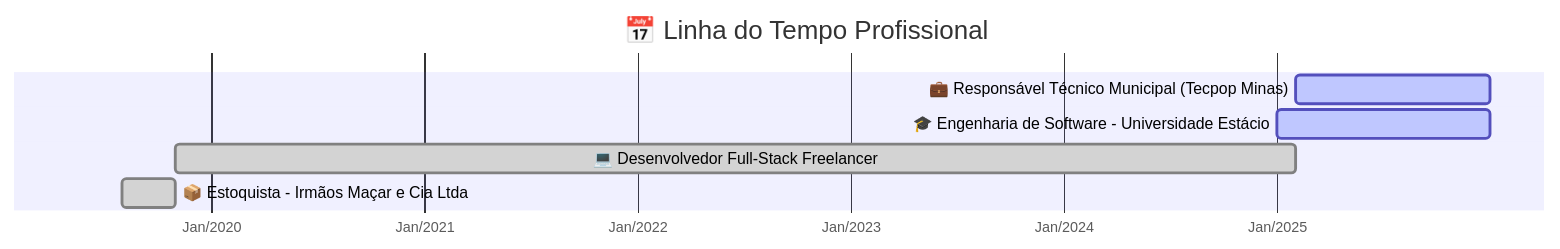
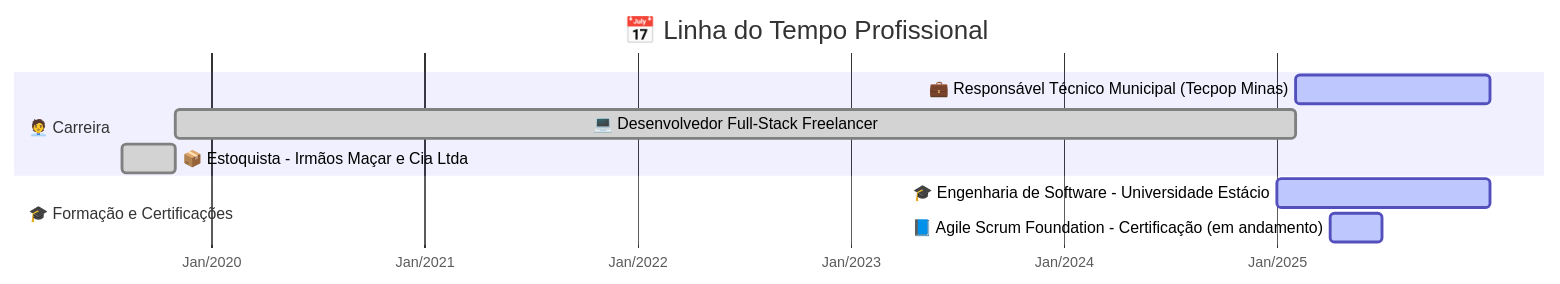
One commit to AlesonPungirum/AlesonPungirum changed the second of 4 diagrams in README.md. Above: the diagram before and after it, drawn with Mermaid. The commit also changed other lines of this file, not shown here.

````diff
--- a/README.md
+++ b/README.md
@@ -135,14 +134,15 @@
 ```mermaid
 gantt
     title 📅 Linha do Tempo Profissional
     dateFormat  YYYY-MM-DD
     axisFormat  %b/%Y
+
+    section 🧑‍💼 Carreira
     💼 Responsável Técnico Municipal (Tecpop Minas)     :active, 2025-02-01, 2025-12-31
-    🎓 Engenharia de Software - Universidade Estácio     :active, 2025-01-01, 2025-12-31
     💻 Desenvolvedor Full-Stack Freelancer              :done, 2019-11-01, 2025-02-01
     📦 Estoquista - Irmãos Maçar e Cia Ltda             :done, 2019-08-01, 2019-10-31
 
-
-
-
+    section 🎓 Formação e Certificações
+    🎓 Engenharia de Software - Universidade Estácio     :active, 2025-01-01, 2025-12-31
+    📘 Agile Scrum Foundation - Certificação (em andamento) :active, 2025-04-01, 2025-06-30
 ```
````
